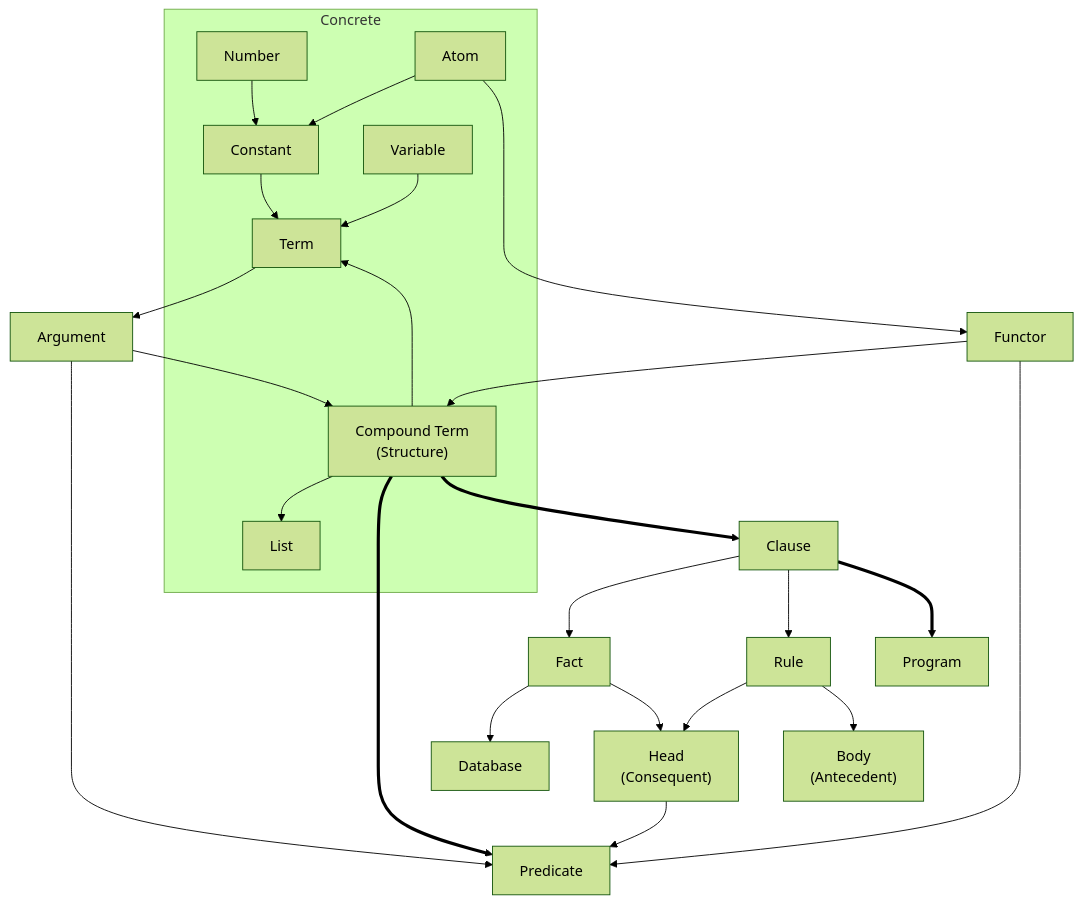
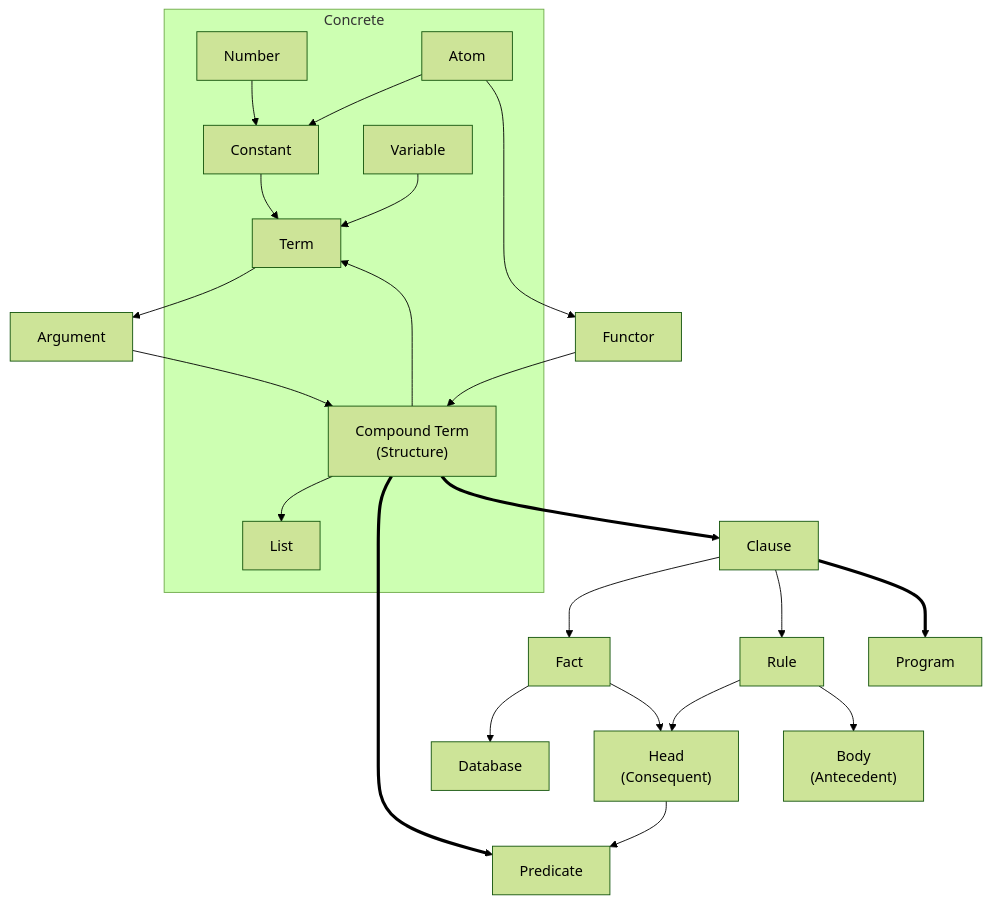
Before and after one commit to hvgp/iprollogical: the first of 3 diagrams in README.md, drawn with Mermaid (forest theme).

Commit message:
Simplified terminology graph0

````diff
--- a/README.md
+++ b/README.md
@@ -28,27 +28,25 @@
 ```mermaid
 graph TD;
   subgraph Concrete;
   Number --> Constant;
   Atom --> Constant;
   Constant --> Term;
   Variable --> Term;
   Structure --> List;
   end;
   Atom --> Functor;
   Term --> Argument;
   Argument --> Structure["Compound Term\n(Structure)"];
-  Argument --> Predicate;
   Functor --> Structure;
-  Functor --> Predicate;
   Structure ==> Predicate;
   Structure --> Term;
   Structure ==> Clause;
   Clause --> Fact;
   Clause --> Rule;
   Fact --> Database;
   Fact --> Head["Head\n(Consequent)"];
   Rule --> Head;
   Rule --> Body["Body\n(Antecedent)"];
   Head --> Predicate;
   Clause ==> Program;
 ```
````
